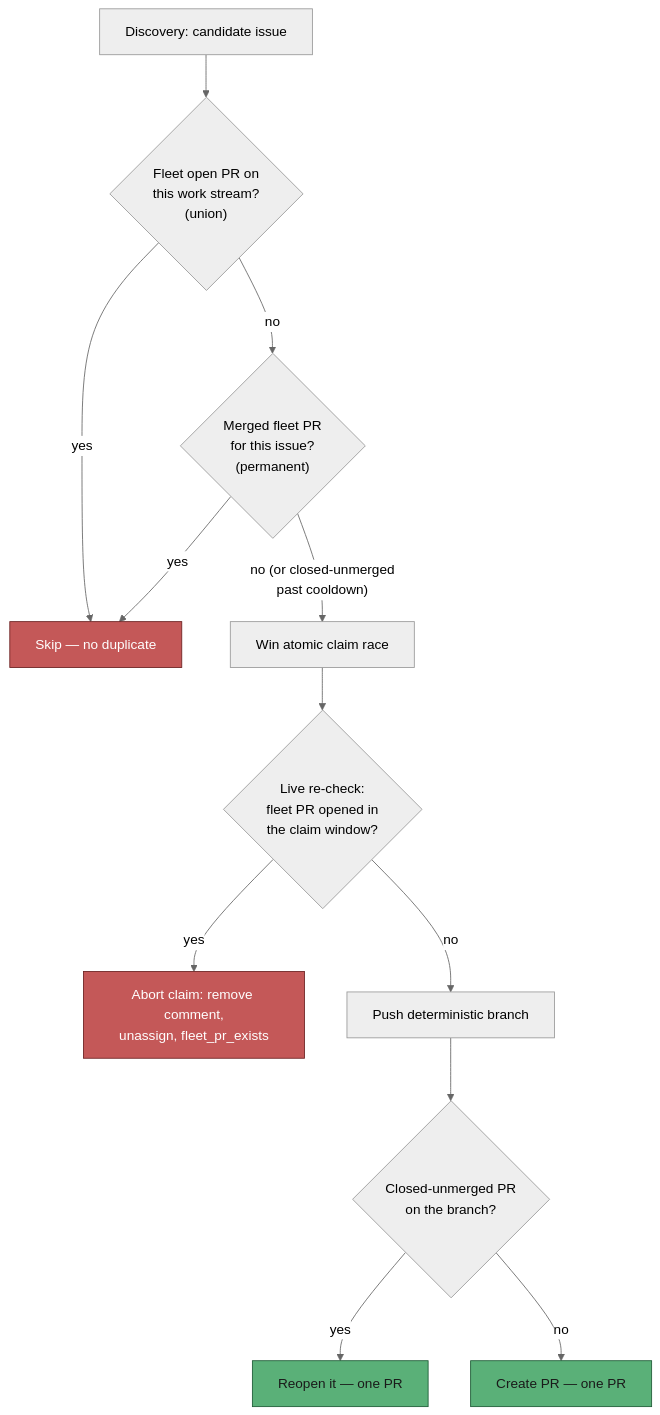
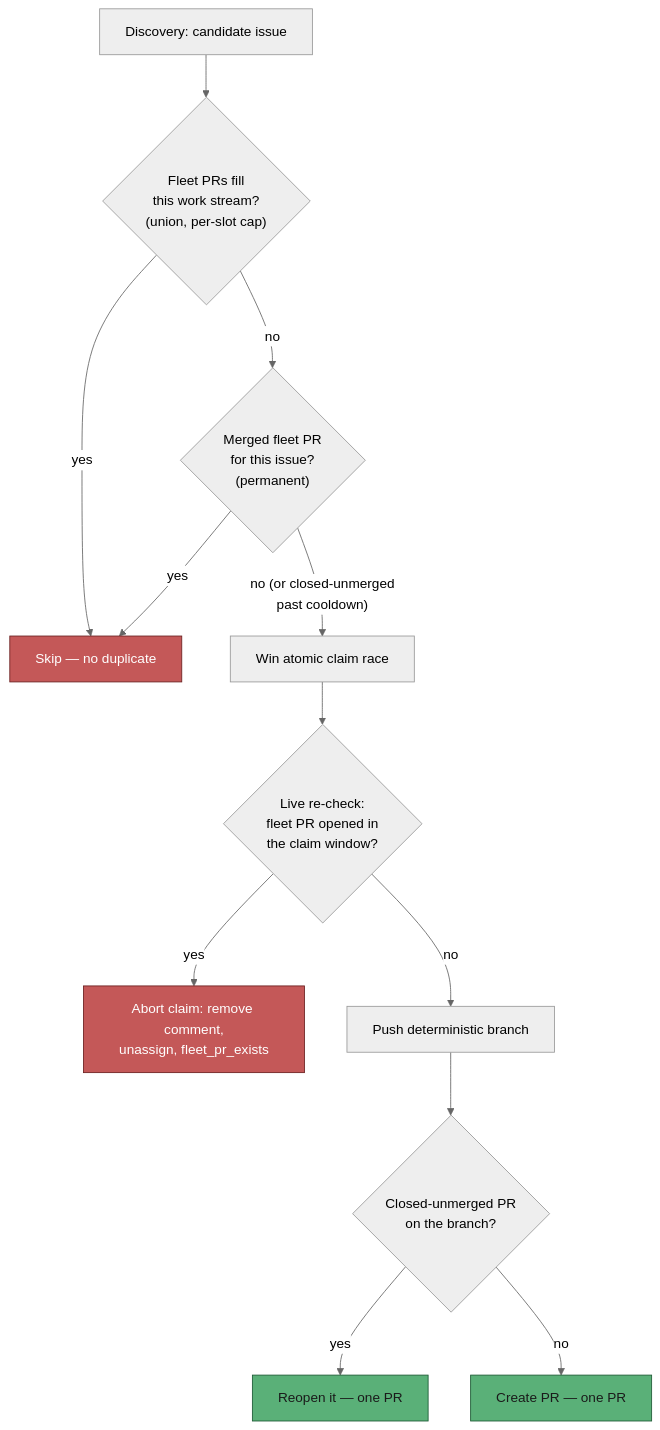
One commit to stSoftwareAU/VibeCoder changed the sixth of 19 diagrams in docs/workflows/issue-processing.md. Above: the diagram before and after it, drawn with Mermaid (neutral theme). The commit also changed other lines of this file and 59 other files, not shown here.

Commit message:
One fleet PR per slot on the default branch (Issue #2663) (#2665)

````diff
--- a/docs/workflows/issue-processing.md
+++ b/docs/workflows/issue-processing.md
@@ -500,18 +509,18 @@
 ```mermaid
 flowchart TD
-    D["Discovery: candidate issue"] --> L2{"Fleet open PR on<br/>this work stream?<br/>(union)"}
+    D["Discovery: candidate issue"] --> L2{"Fleet PRs fill<br/>this work stream?<br/>(union, per-slot cap)"}
     L2 -- yes --> Skip["Skip — no duplicate"]
     L2 -- no --> L4{"Merged fleet PR<br/>for this issue?<br/>(permanent)"}
     L4 -- yes --> Skip
     L4 -- "no (or closed-unmerged<br/>past cooldown)" --> Claim["Win atomic claim race"]
     Claim --> L3{"Live re-check:<br/>fleet PR opened in<br/>the claim window?<br/>"}
     L3 -- yes --> Abort["Abort claim: remove comment,<br/>unassign, fleet_pr_exists"]
     L3 -- no --> Push["Push deterministic branch"]
     Push --> L5{"Closed-unmerged PR<br/>on the branch?<br/>"}
     L5 -- yes --> Reopen["Reopen it — one PR"]
     L5 -- no --> Create["Create PR — one PR"]
     style Skip fill:#c45858,stroke:#6b2020,color:#fff
     style Abort fill:#c45858,stroke:#6b2020,color:#fff
     style Reopen fill:#5ab078,stroke:#1d5a35,color:#1a1a1a
     style Create fill:#5ab078,stroke:#1d5a35,color:#1a1a1a
 ```
````
